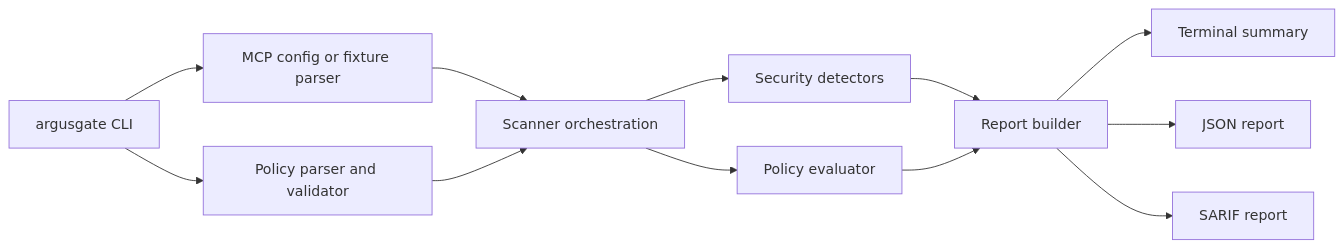
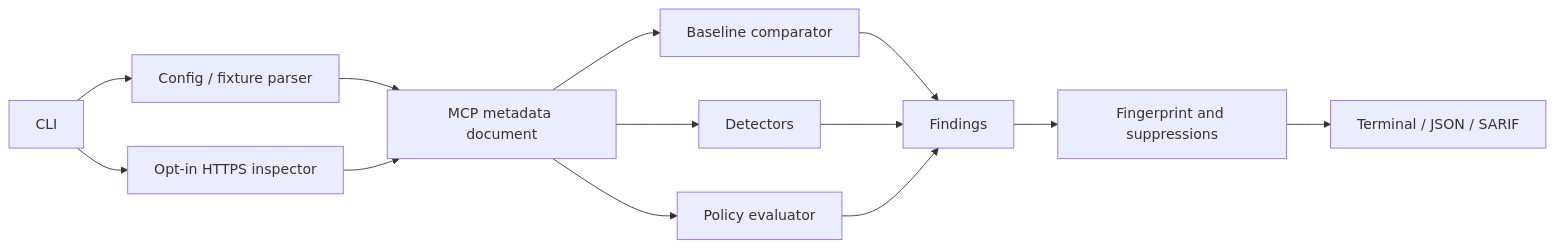
One commit to saqreed/argusgate changed the diagram in docs/architecture.md. Above: the diagram before and after it, drawn with Mermaid. The commit also changed other lines of this file and 64 other files, not shown here.

````diff
--- a/docs/architecture.md
+++ b/docs/architecture.md
@@ -20,14 +22,15 @@
 ```mermaid
 flowchart LR
-    CLI[argusgate CLI] --> Parser[MCP config or fixture parser]
-    CLI --> Policy[Policy parser and validator]
-    Parser --> Scanner[Scanner orchestration]
-    Policy --> Scanner
-    Scanner --> Detectors[Security detectors]
-    Scanner --> Evaluator[Policy evaluator]
-    Detectors --> Report[Report builder]
-    Evaluator --> Report
-    Report --> Terminal[Terminal summary]
-    Report --> JSON[JSON report]
-    Report --> SARIF[SARIF report]
+    CLI["CLI"] --> Local["Config / fixture parser"]
+    CLI --> Live["Opt-in HTTPS inspector"]
+    Local --> Doc["MCP metadata document"]
+    Live --> Doc
+    Doc --> Base["Baseline comparator"]
+    Doc --> Scan["Detectors"]
+    Doc --> Policy["Policy evaluator"]
+    Base --> Findings["Findings"]
+    Scan --> Findings
+    Policy --> Findings
+    Findings --> Suppress["Fingerprint and suppressions"]
+    Suppress --> Report["Terminal / JSON / SARIF"]
 ```
````
